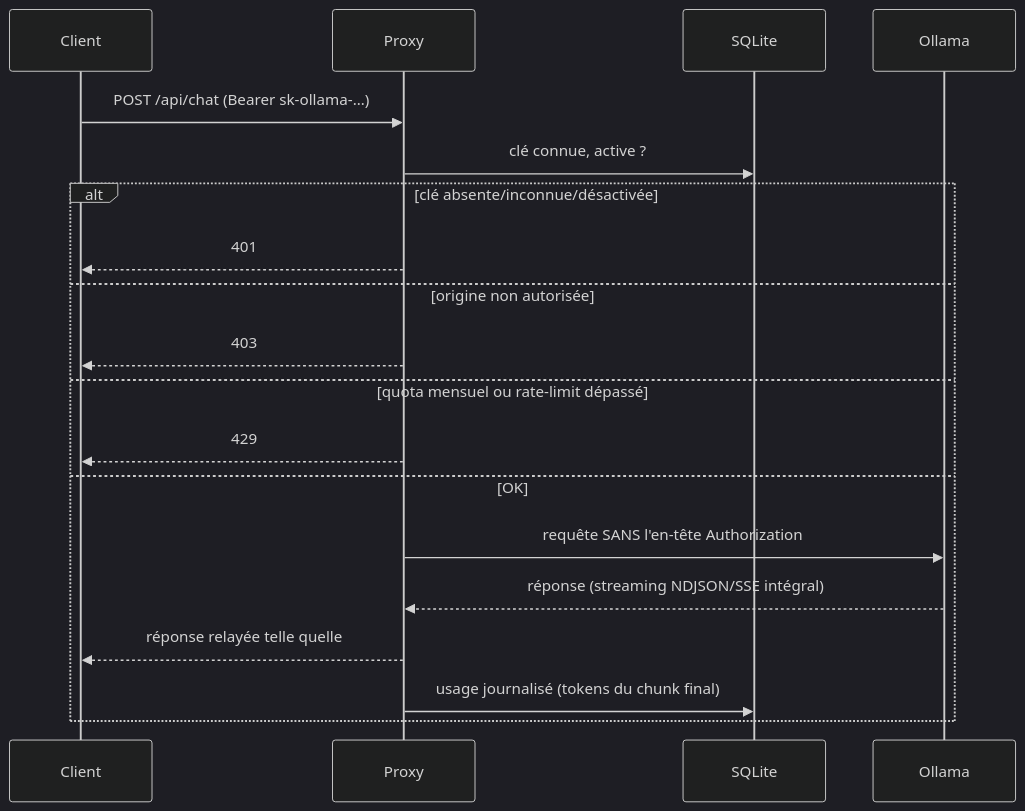
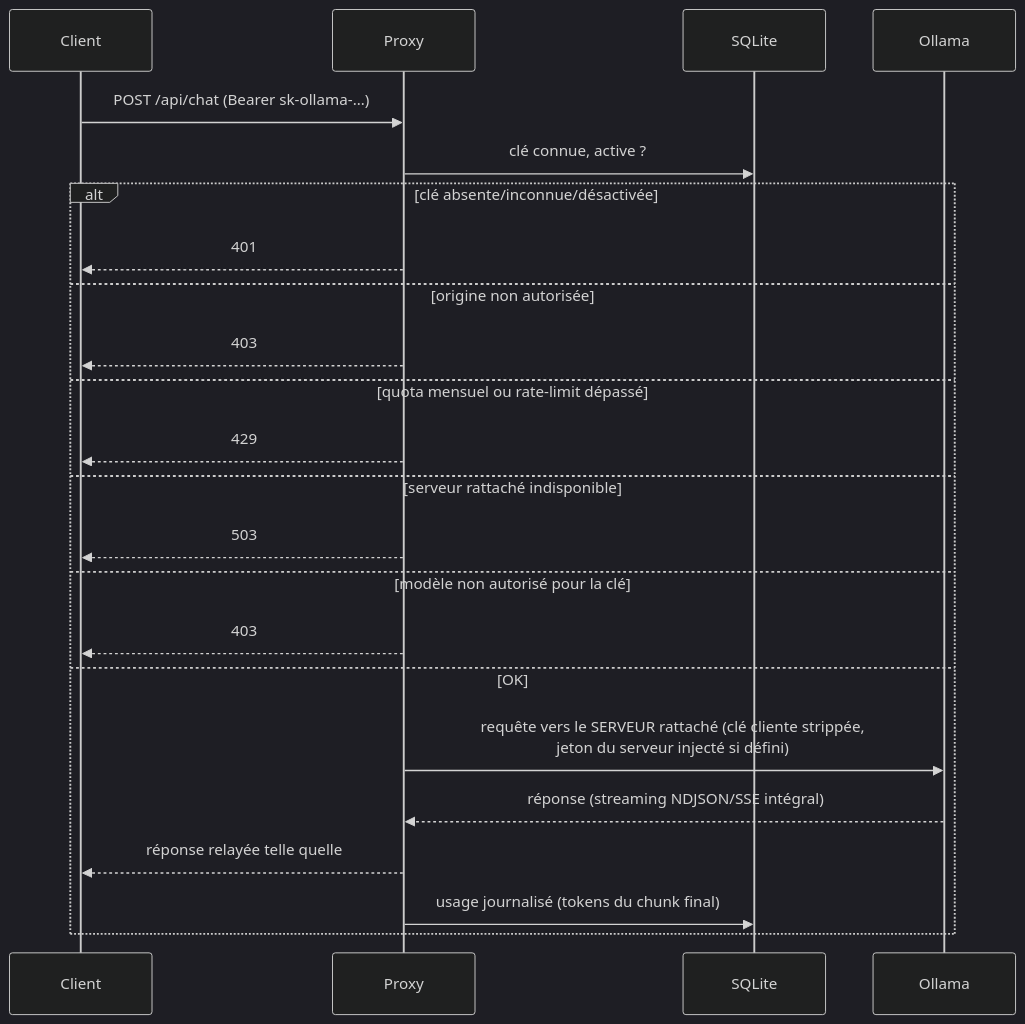
The third of 3 diagrams in docs/manual.md (martinobettucci/ollama-gateway), drawn with Mermaid (dark theme) before and after one commit. The commit also changed other lines of this file and 37 other files, not shown here.

````diff
--- a/docs/manual.md
+++ b/docs/manual.md
@@ -38,21 +79,25 @@
 ```mermaid
 sequenceDiagram
     participant C as Client
     participant P as Proxy
     participant DB as SQLite
     participant O as Ollama
     C->>P: POST /api/chat (Bearer sk-ollama-…)
     P->>DB: clé connue, active ?
     alt clé absente/inconnue/désactivée
         P-->>C: 401
     else origine non autorisée
         P-->>C: 403
     else quota mensuel ou rate-limit dépassé
         P-->>C: 429
+    else serveur rattaché indisponible
+        P-->>C: 503
+    else modèle non autorisé pour la clé
+        P-->>C: 403
     else OK
-        P->>O: requête SANS l'en-tête Authorization
+        P->>O: requête vers le SERVEUR rattaché (clé cliente strippée,<br/>jeton du serveur injecté si défini)
         O-->>P: réponse (streaming NDJSON/SSE intégral)
         P-->>C: réponse relayée telle quelle
         P->>DB: usage journalisé (tokens du chunk final)
     end
 ```
````
